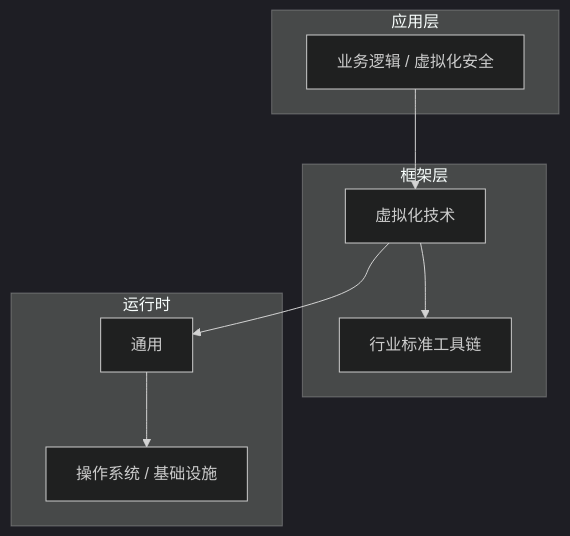
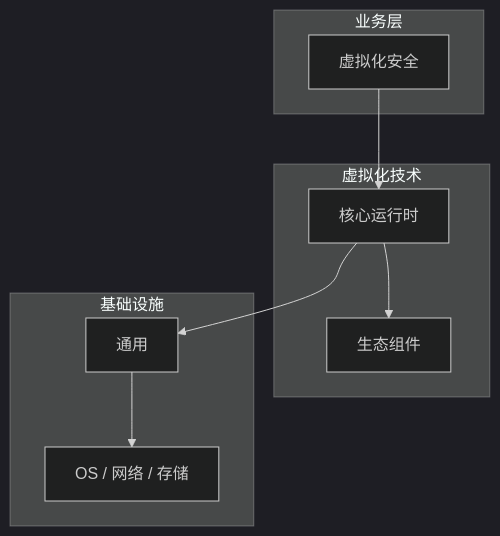
The diagram in articles/虚拟化技术/chapters/073-虚拟化安全核心概念与原理.md (yanggan2015/knowledge-json-v2), drawn with Mermaid (dark theme) before and after one commit. The commit also changed other lines of this file and 10127 other files, not shown here.

````diff
--- a/articles/虚拟化技术/chapters/073-虚拟化安全核心概念与原理.md
+++ b/articles/虚拟化技术/chapters/073-虚拟化安全核心概念与原理.md
@@ -45,18 +34,18 @@
 ```mermaid
 graph TB
-    subgraph 应用层
-        A[业务逻辑 / 虚拟化安全]
+    subgraph 业务层
+        A[虚拟化安全]
     end
-    subgraph 框架层
-        B[虚拟化技术]
-        C[行业标准工具链]
+    subgraph 虚拟化技术
+        B[核心运行时]
+        C[生态组件]
     end
-    subgraph 运行时
+    subgraph 基础设施
         D[通用]
-        E[操作系统 / 基础设施]
+        E[OS / 网络 / 存储]
     end
     A --> B
     B --> C
     B --> D
     D --> E
 ```
````
